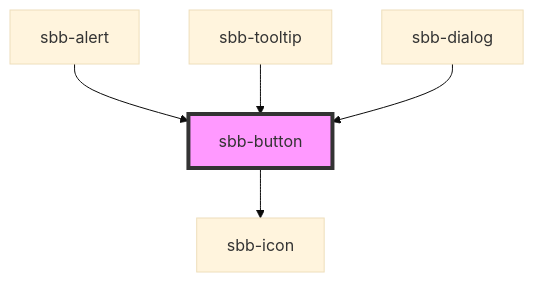
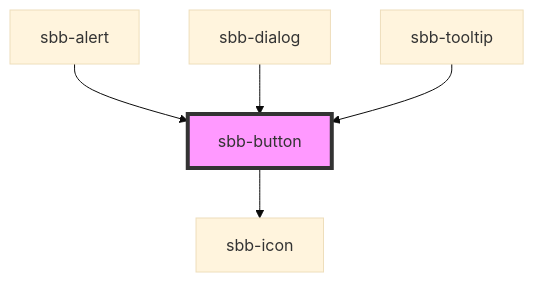
Before and after one commit to sbb-design-systems/lyne-components: the diagram in src/components/sbb-button/readme.md, drawn with Mermaid (base theme). The commit also changed other lines of this file and 2 other files, not shown here.

````diff
--- a/src/components/sbb-button/readme.md
+++ b/src/components/sbb-button/readme.md
@@ -90,8 +90,8 @@
 ```mermaid
 graph TD;
   sbb-button --> sbb-icon
   sbb-alert --> sbb-button
+  sbb-dialog --> sbb-button
   sbb-tooltip --> sbb-button
-  sbb-dialog --> sbb-button
   style sbb-button fill:#f9f,stroke:#333,stroke-width:4px
 ```
````
